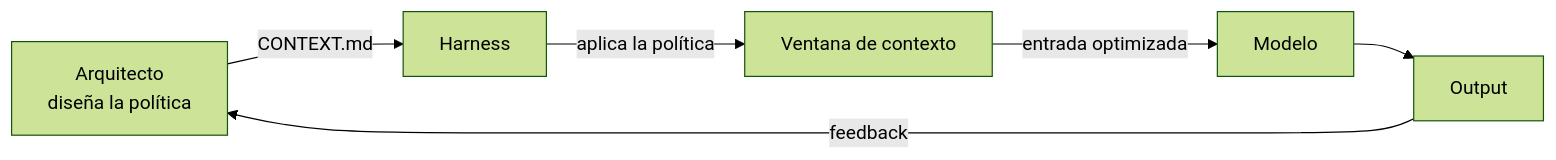
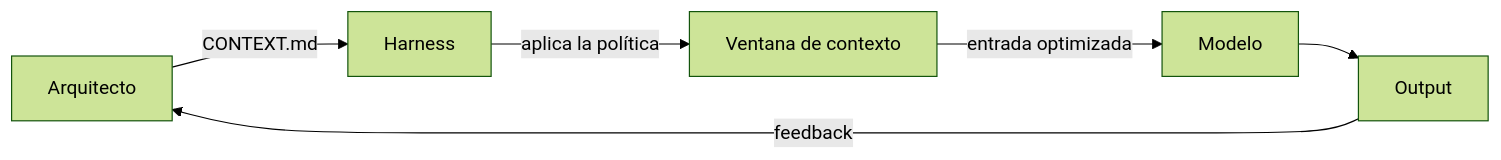
One commit to rcm-on/quarz-blog changed the second of 2 diagrams in content/04 Arquitectura IA/context-engineering.md. Above: the diagram before and after it, drawn with Mermaid (forest theme). The commit also changed other lines of this file and 15 other files, not shown here.

````diff
--- a/content/04 Arquitectura IA/context-engineering.md
+++ b/content/04 Arquitectura IA/context-engineering.md
@@ -65,8 +63,8 @@
 ```mermaid
 graph LR
-    ARQ[Arquitecto\ndiseña la política] -->|CONTEXT.md| H[Harness]
+    ARQ[Arquitecto] -->|CONTEXT.md| H[Harness]
     H -->|aplica la política| C[Ventana de contexto]
     C -->|entrada optimizada| M[Modelo]
     M --> OUT[Output]
     OUT -->|feedback| ARQ
 ```
````
